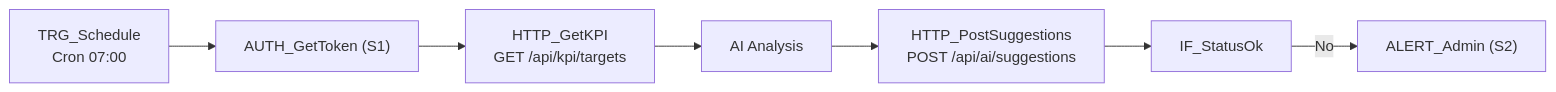
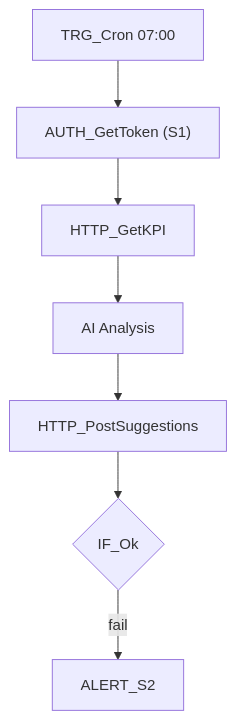
Before and after one commit to nguyendinhduy-1995/daotaolaixethayduy-V2: the fifth of 7 diagrams in docs/runbooks/n8n-production.md, drawn with Mermaid. The commit also changed other lines of this file and 2 other files, not shown here.

````diff
--- a/docs/runbooks/n8n-production.md
+++ b/docs/runbooks/n8n-production.md
@@ -557,9 +367,9 @@
 ```mermaid
-graph LR
-    TRG["TRG_Schedule<br/>Cron 07:00"] --> AUTH["AUTH_GetToken (S1)"]
-    AUTH --> KPI["HTTP_GetKPI<br/>GET /api/kpi/targets"]
+flowchart TD
+    TRG["TRG_Cron 07:00"] --> AUTH["AUTH_GetToken (S1)"]
+    AUTH --> KPI["HTTP_GetKPI"]
     KPI --> AI["AI Analysis"]
-    AI --> HTTP["HTTP_PostSuggestions<br/>POST /api/ai/suggestions"]
-    HTTP --> IF["IF_StatusOk"]
-    IF -->|No| ALERT["ALERT_Admin (S2)"]
+    AI --> HTTP["HTTP_PostSuggestions"]
+    HTTP --> IF{"IF_Ok"}
+    IF -->|fail| ALERT["ALERT_S2"]
 ```
````
